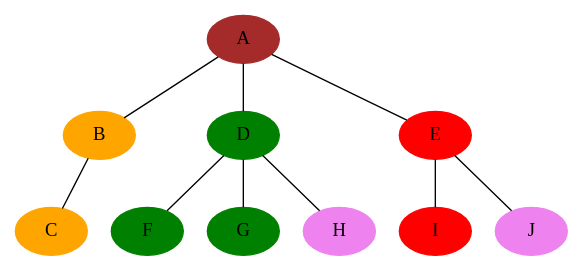
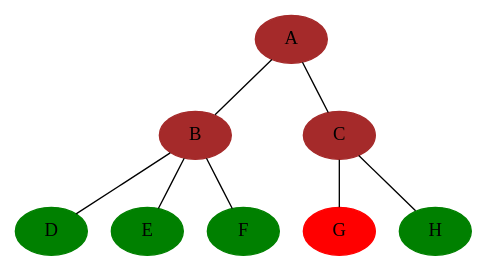
Before and after one commit to kuredatan/2016report: the diagram in illustrations/inducedtree.dot, drawn with Graphviz. The commit also changed 8 other files, not shown here.

```diff
--- a/illustrations/inducedtree.dot
+++ b/illustrations/inducedtree.dot
@@ -1,17 +1,13 @@
-graph g {
-node [style=filled color=orange]
-B -- C;
+graph g1 {
 node [style=filled color=brown]
 A -- B;
+A -- C;
 node [style=filled color=green]
-A -- D;
-D -- F;
-D -- G;
-node [style=filled color=violet]
-D -- H;
+B -- D;
+B -- E;
+B -- F;
 node [style=filled color=red]
-A -- E;
-E -- I;
-node [style=filled color=violet]
-E -- J;
+C -- G;
+node [style=filled color=green]
+C -- H;
 }
```
